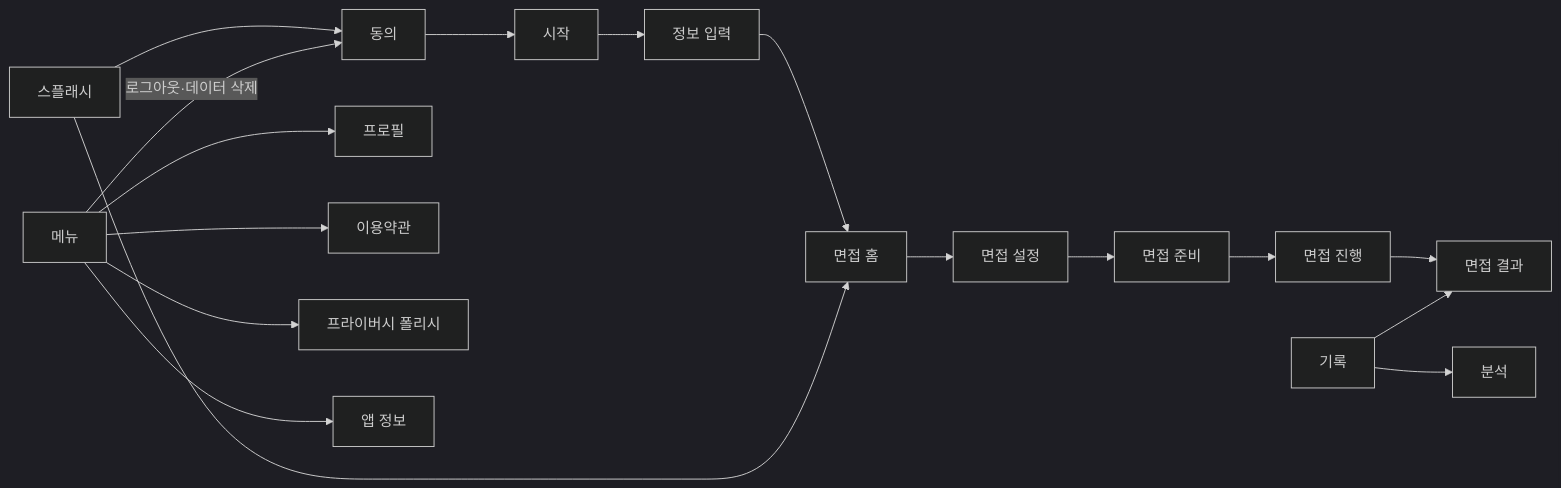
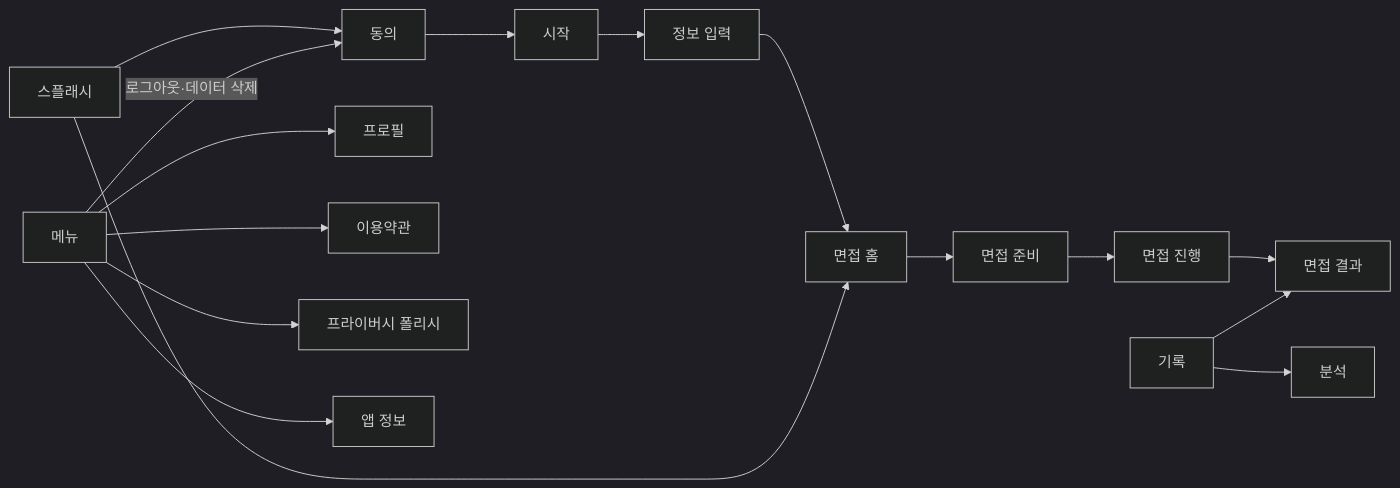
One commit to znak99/JEC-FirstStepToCareer changed the diagram in docs/ui-design/SITE_MAP.md. Above: the diagram before and after it, drawn with Mermaid (dark theme). The commit also changed other lines of this file and 11 other files, not shown here.

````diff
--- a/docs/ui-design/SITE_MAP.md
+++ b/docs/ui-design/SITE_MAP.md
@@ -55,13 +53,13 @@
 ```mermaid
 flowchart LR
   S13[스플래시] --> S14[동의] --> S00[시작] --> S15[정보 입력] --> S01[면접 홈]
   S13 --> S01
-  S01 --> S02[면접 설정] --> S03[면접 준비] --> S04[면접 진행] --> S05[면접 결과]
+  S01 --> S03[면접 준비] --> S04[면접 진행] --> S05[면접 결과]
   S08[기록] --> S05
   S08 --> S12[분석]
   S09[메뉴] --> S17[프로필]
   S09 --> S16[이용약관]
   S09 --> S10[프라이버시 폴리시]
   S09 --> S11[앱 정보]
   S09 -- 로그아웃·데이터 삭제 --> S14
 ```
````
